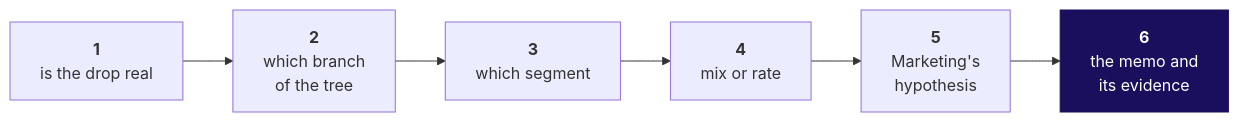
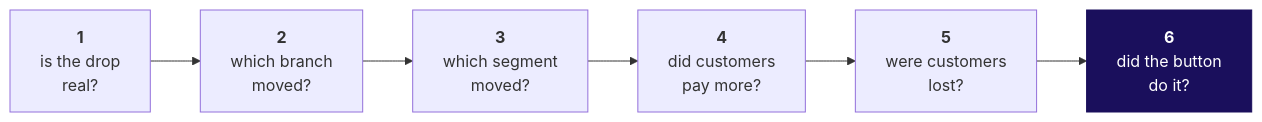
Before and after one commit to fde-academy-lab/c2-content-factory: the first of 6 diagrams in content/W01/D2/whiteboards/C2_W01_D02_board_work_STUDENT.md, drawn with Mermaid. The commit also changed other lines of this file and 8 other files, not shown here.

````diff
--- a/content/W01/D2/whiteboards/C2_W01_D02_board_work_STUDENT.md
+++ b/content/W01/D2/whiteboards/C2_W01_D02_board_work_STUDENT.md
@@ -18,10 +18,10 @@
 ```mermaid
 flowchart LR
-    R1["<b>1</b><br/>is the drop real"] --> R2["<b>2</b><br/>which branch<br/>of the tree"]
-    R2 --> R3["<b>3</b><br/>which segment"]
-    R3 --> R4["<b>4</b><br/>mix or rate"]
-    R4 --> R5["<b>5</b><br/>Marketing's<br/>hypothesis"]
-    R5 --> R6["<b>6</b><br/>the memo and<br/>its evidence"]
+    R1["<b>1</b><br/>is the drop<br/>real?"] --> R2["<b>2</b><br/>which branch<br/>moved?"]
+    R2 --> R3["<b>3</b><br/>which segment<br/>moved?"]
+    R3 --> R4["<b>4</b><br/>did customers<br/>pay more?"]
+    R4 --> R5["<b>5</b><br/>were customers<br/>lost?"]
+    R5 --> R6["<b>6</b><br/>did the button<br/>do it?"]
     classDef bet fill:#1A0F5C,stroke:#1A0F5C,color:#FFFFFF
     class R6 bet
 ```
````
